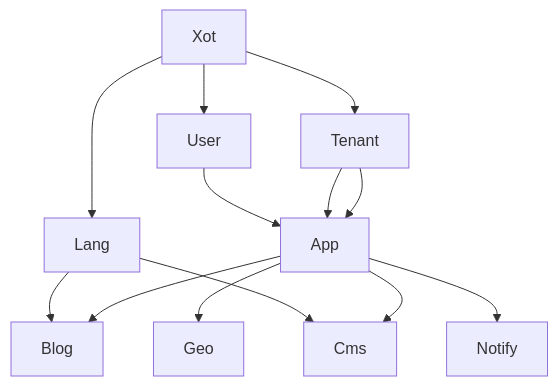
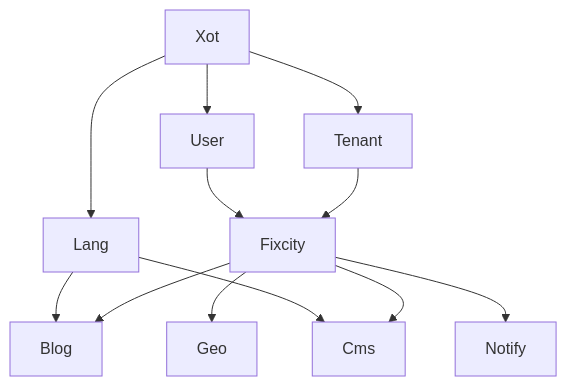
Before and after one commit to laraxot/base_techplanner_fila5: the diagram in laravel/Modules/Notify/docs/project_docs/architecture.md, drawn with Mermaid. The commit also changed other lines of this file and 4037 other files, not shown here.

````diff
--- a/laravel/Modules/Notify/docs/project_docs/architecture.md
+++ b/laravel/Modules/Notify/docs/project_docs/architecture.md
@@ -98,15 +74,14 @@
 ```mermaid
 graph TD
     A[Xot] --> B[Tenant]
     A --> C[User]
     A --> D[Lang]
     B --> E[Fixcity]
-    B --> E[App]
     C --> E
     E --> F[Blog]
     E --> G[Cms]
     E --> H[Geo]
     E --> I[Notify]
     D --> F
     D --> G
 ```
````
